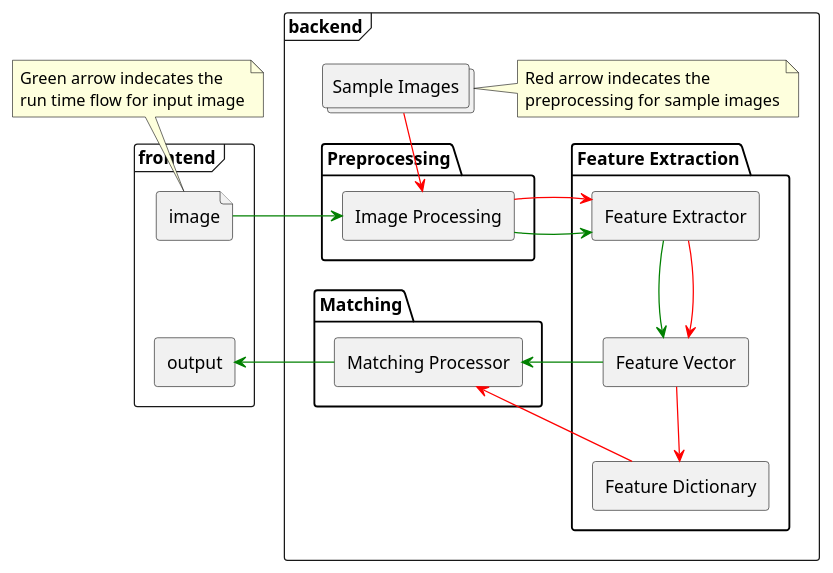
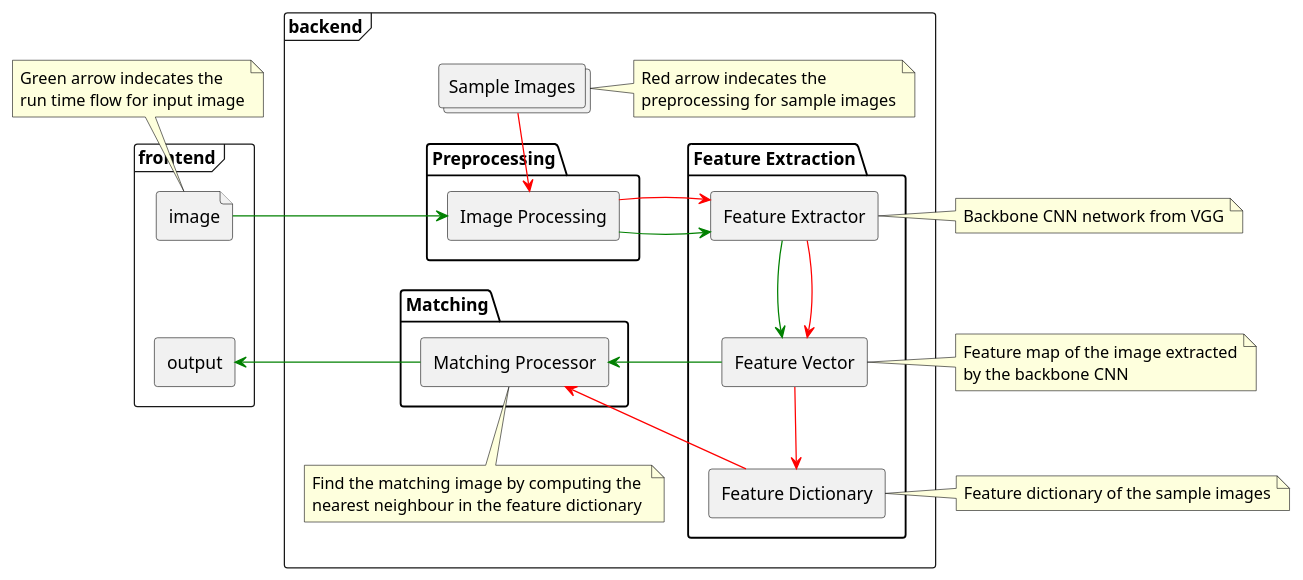
One commit to ISS-MTECH-IS-Project/IntelligentSensingSystemProject changed the diagram in SystemCode/systemdesign.puml. Above: the diagram before and after it, drawn with PlantUML. The commit also changed 9 other files, not shown here.

```diff
--- a/SystemCode/systemdesign.puml
+++ b/SystemCode/systemdesign.puml
@@ -1,58 +1,84 @@
 @startuml "System Design for My App"
 
 skinparam ComponentStyle rectangle
 
 
 frame frontend{
     file image
     [output]
     image -[hidden]- [output]
 }
 
 
 frame backend {
     collections "Sample Images"
     note as R
     Red arrow indecates the 
     preprocessing for sample images
     end note
 
     package Preprocessing {
         [Image Processing]
     }
 
 
     package "Feature Extraction"{
         [Feature Extractor]
         [Feature Vector]
         [Feature Dictionary]
     }
 
     package "Matching"{
         [Matching Processor]
     }
+    note as MP
+    Find the matching image by computing the 
+    nearest neighbour in the feature dictionary
+    end note
 }
 
 image->[Image Processing] #Green
 [Sample Images]-->[Image Processing] #Red
 [Image Processing] -> [Feature Extractor] #Green
 [Image Processing] -> [Feature Extractor] #Red
 [Feature Extractor]-->[Feature Vector] #Green
 [Feature Extractor]-->[Feature Vector] #Red
 [Feature Vector]-->[Feature Dictionary] #Red
 
 [Matching Processor]<-[Feature Vector] #Green
 [Matching Processor]<-[Feature Dictionary] #Red
 
 [output]<-[Matching Processor] #Green
 
 note as G
 Green arrow indecates the 
 run time flow for input image
 end note
 
+note as CNN
+Backbone CNN network from VGG
+end note
+
+note as FM
+Feature map of the image extracted
+by the backbone CNN
+end note
+
+note as FD
+Feature dictionary of the sample images
+end note
+
+
 
 G -- image
 [Sample Images] - R
 
+CNN - [Feature Extractor]
+
+FM - [Feature Vector]
+
+FD - [Feature Dictionary]
+
+[Matching Processor] -- MP
+
 @enduml
```
